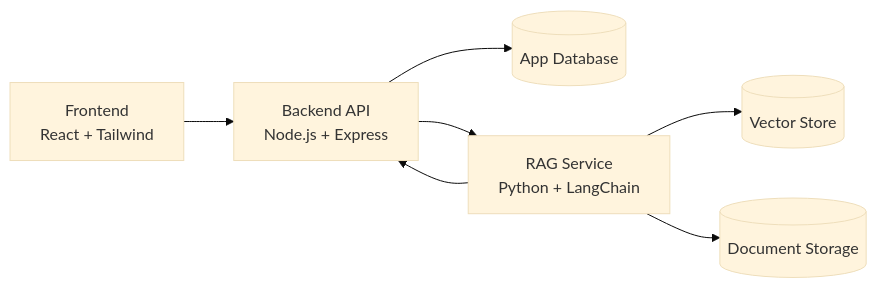
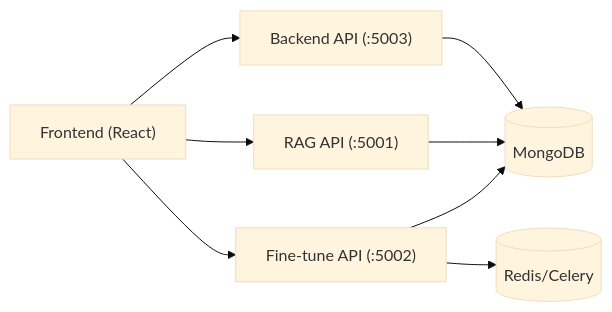
The diagram in README.md (haseebraza715/EngageMind), drawn with Mermaid (base theme) before and after one commit. The commit also changed other lines of this file and 5 other files, not shown here.

````diff
--- a/README.md
+++ b/README.md
@@ -28,9 +22,10 @@
 ```mermaid
 flowchart LR
-  FE[Frontend\nReact + Tailwind] --> BE[Backend API\nNode.js + Express]
-  BE --> DB[(App Database)]
-  BE --> RAG[RAG Service\nPython + LangChain]
-  RAG --> VS[(Vector Store)]
-  RAG --> DS[(Document Storage)]
-  RAG --> BE
+  FE["Frontend (React)"] --> BE["Backend API (:5003)"]
+  FE --> RAG["RAG API (:5001)"]
+  FE --> FT["Fine-tune API (:5002)"]
+  BE --> DB[("MongoDB")]
+  RAG --> DB
+  FT --> DB
+  FT --> REDIS[("Redis/Celery")]
 ```
````
